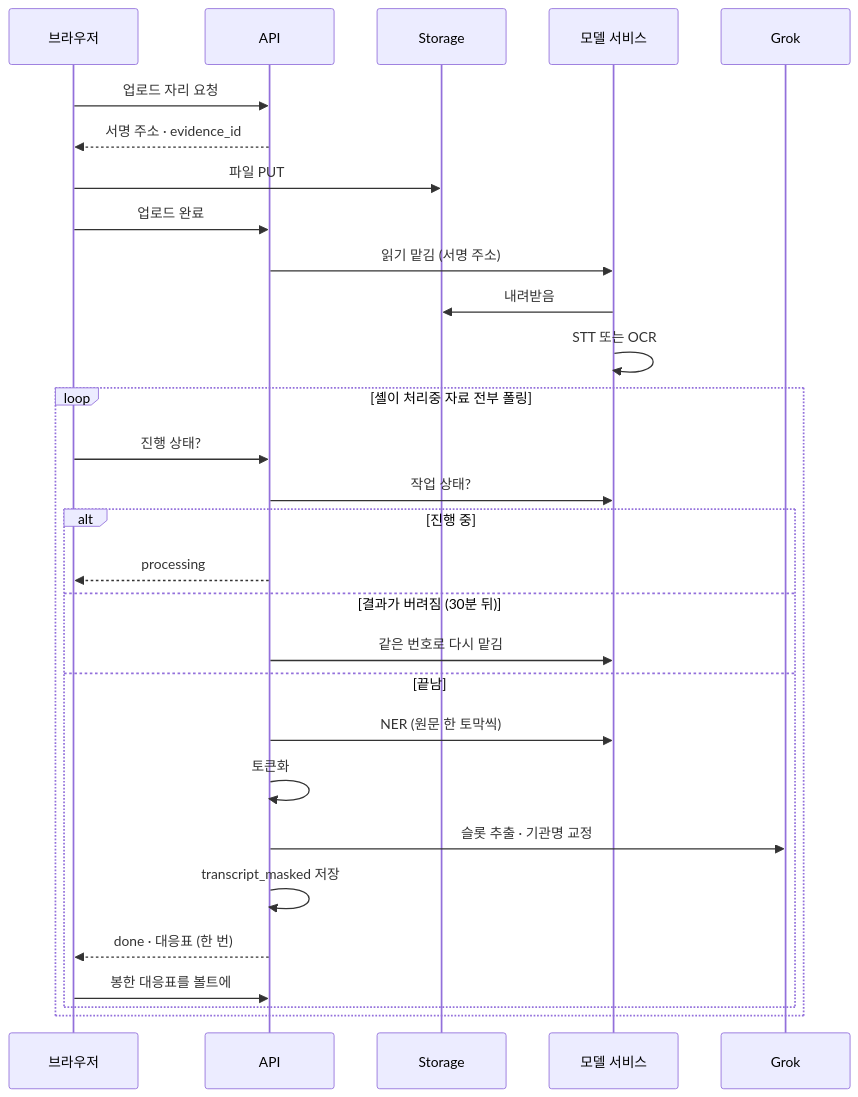
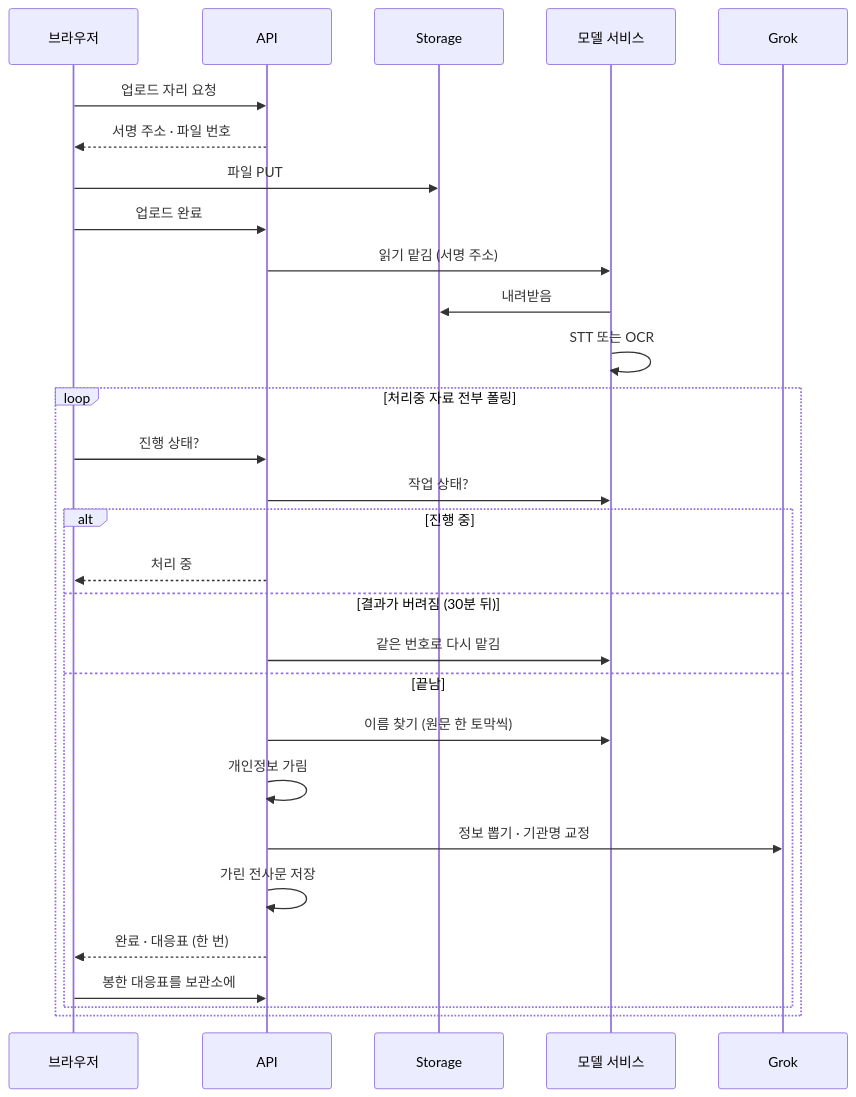
One commit to Dojaegyum/fsec-ai-challenge changed the ninth of 10 diagrams in ARCHITECTURE.md. Above: the diagram before and after it, drawn with Mermaid. The commit also changed other lines of this file, not shown here.

First line of the commit message:
ARCHITECTURE.md 그림에서 코드 이름을 빼고 하는 일을 한글로 적는다 — 상자 한 줄은 한글 10자·영문 10자 안으로, 모듈 이름은 그림 아래 표로, 머리말·「이 문서의 자리」·설명조 문장은 없앤다

````diff
--- a/ARCHITECTURE.md
+++ b/ARCHITECTURE.md
@@ -375,33 +348,33 @@
 ```mermaid
 sequenceDiagram
     participant B as 브라우저
     participant A as API
     participant S as Storage
     participant M as 모델 서비스
     participant G as Grok
 
     B->>A: 업로드 자리 요청
-    A-->>B: 서명 주소 · evidence_id
+    A-->>B: 서명 주소 · 파일 번호
     B->>S: 파일 PUT
     B->>A: 업로드 완료
     A->>M: 읽기 맡김 (서명 주소)
     M->>S: 내려받음
     M->>M: STT 또는 OCR
 
-    loop 셸이 처리중 자료 전부 폴링
+    loop 처리중 자료 전부 폴링
         B->>A: 진행 상태?
         A->>M: 작업 상태?
         alt 진행 중
-            A-->>B: processing
+            A-->>B: 처리 중
         else 결과가 버려짐 (30분 뒤)
             A->>M: 같은 번호로 다시 맡김
         else 끝남
-            A->>M: NER (원문 한 토막씩)
-            A->>A: 토큰화
-            A->>G: 슬롯 추출 · 기관명 교정
-            A->>A: transcript_masked 저장
-            A-->>B: done · 대응표 (한 번)
-            B->>A: 봉한 대응표를 볼트에
+            A->>M: 이름 찾기 (원문 한 토막씩)
+            A->>A: 개인정보 가림
+            A->>G: 정보 뽑기 · 기관명 교정
+            A->>A: 가린 전사문 저장
+            A-->>B: 완료 · 대응표 (한 번)
+            B->>A: 봉한 대응표를 보관소에
         end
     end
 ```
````
